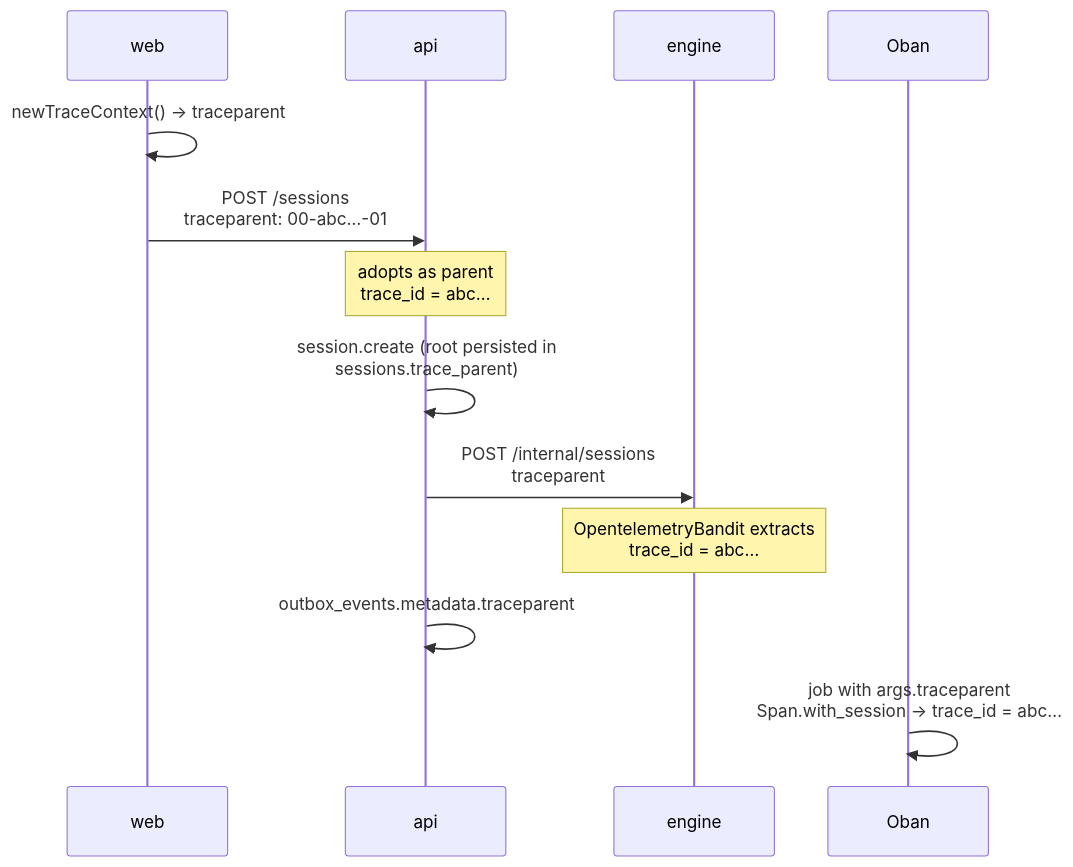
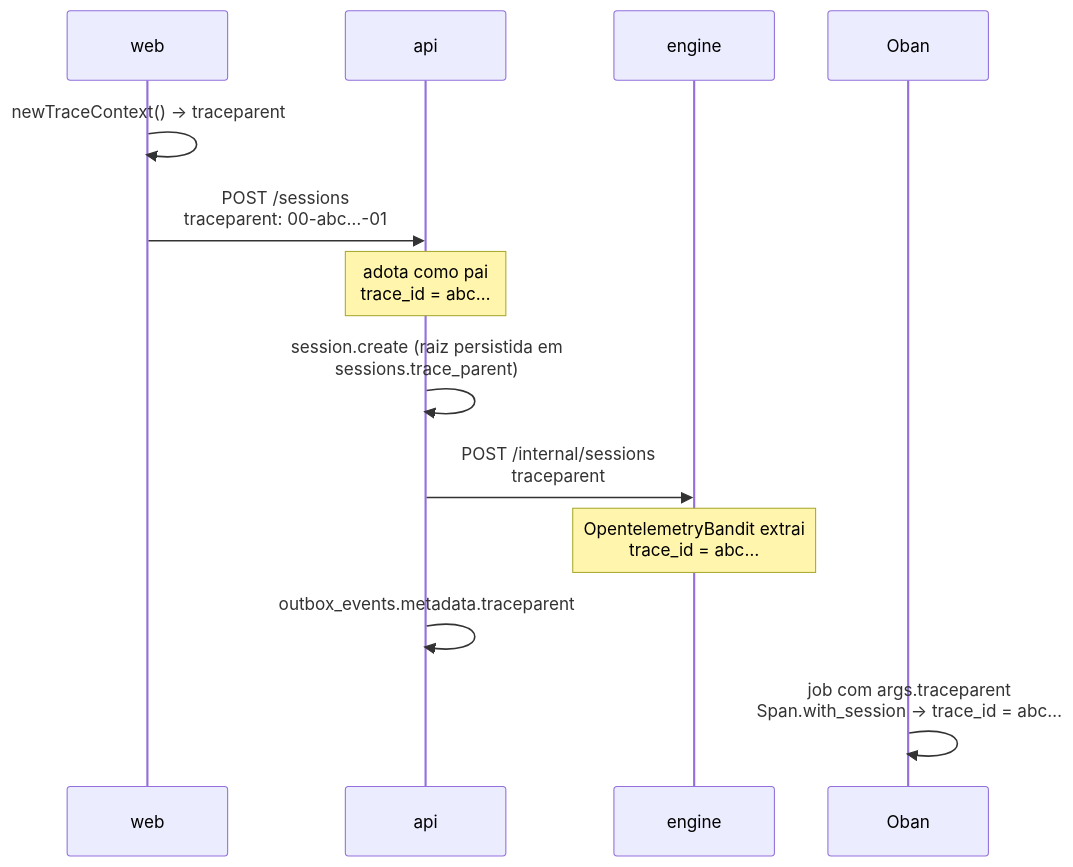
One commit to daneiel/brabo changed the diagram in docs/explanation/observability.md. Above: the diagram before and after it, drawn with Mermaid. The commit also changed other lines of this file and 12 other files, not shown here.

````diff
--- a/docs/explanation/observability.md
+++ b/docs/explanation/observability.md
@@ -59,16 +54,16 @@
 ```mermaid
 sequenceDiagram
     participant W as web
     participant A as api
     participant E as engine
     participant O as Oban
 
     W->>W: newTraceContext() → traceparent
     W->>A: POST /sessions<br/>traceparent: 00-abc…-01
-    Note over A: adopts as parent<br/>trace_id = abc…
-    A->>A: session.create (root persisted in<br/>sessions.trace_parent)
+    Note over A: adota como pai<br/>trace_id = abc…
+    A->>A: session.create (raiz persistida em<br/>sessions.trace_parent)
     A->>E: POST /internal/sessions<br/>traceparent
-    Note over E: OpentelemetryBandit extracts<br/>trace_id = abc…
+    Note over E: OpentelemetryBandit extrai<br/>trace_id = abc…
     A->>A: outbox_events.metadata.traceparent
-    O->>O: job with args.traceparent<br/>Span.with_session → trace_id = abc…
+    O->>O: job com args.traceparent<br/>Span.with_session → trace_id = abc…
 ```
````
